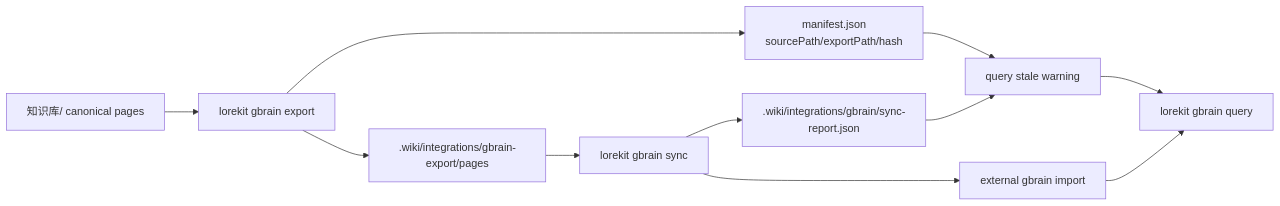
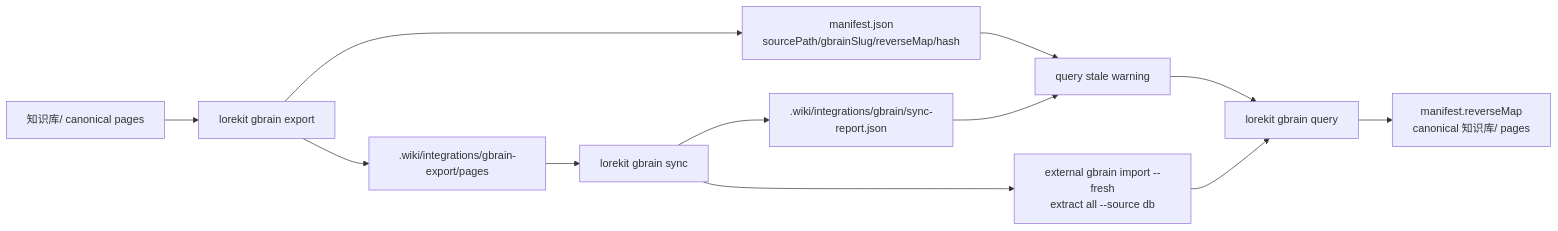
Before and after one commit to GYF0311/lorekit: the fifth of 5 diagrams in docs/ARCHITECTURE.md, drawn with Mermaid. The commit also changed other lines of this file and 17 other files, not shown here.

````diff
--- a/docs/ARCHITECTURE.md
+++ b/docs/ARCHITECTURE.md
@@ -141,13 +141,14 @@
 ```mermaid
 flowchart LR
   Wiki["知识库/ canonical pages"] --> Export["lorekit gbrain export"]
   Export --> Stage[".wiki/integrations/gbrain-export/pages"]
-  Export --> Manifest["manifest.json<br/>sourcePath/exportPath/hash"]
+  Export --> Manifest["manifest.json<br/>sourcePath/gbrainSlug/reverseMap/hash"]
   Stage --> Sync["lorekit gbrain sync"]
-  Sync --> GBrain["external gbrain import"]
+  Sync --> GBrain["external gbrain import --fresh<br/>extract all --source db"]
   Sync --> Report[".wiki/integrations/gbrain/sync-report.json"]
   Manifest --> QueryGuard["query stale warning"]
   Report --> QueryGuard
   QueryGuard --> Query["lorekit gbrain query"]
   GBrain --> Query
+  Query --> Canonical["manifest.reverseMap<br/>canonical 知识库/ pages"]
 ```
````
